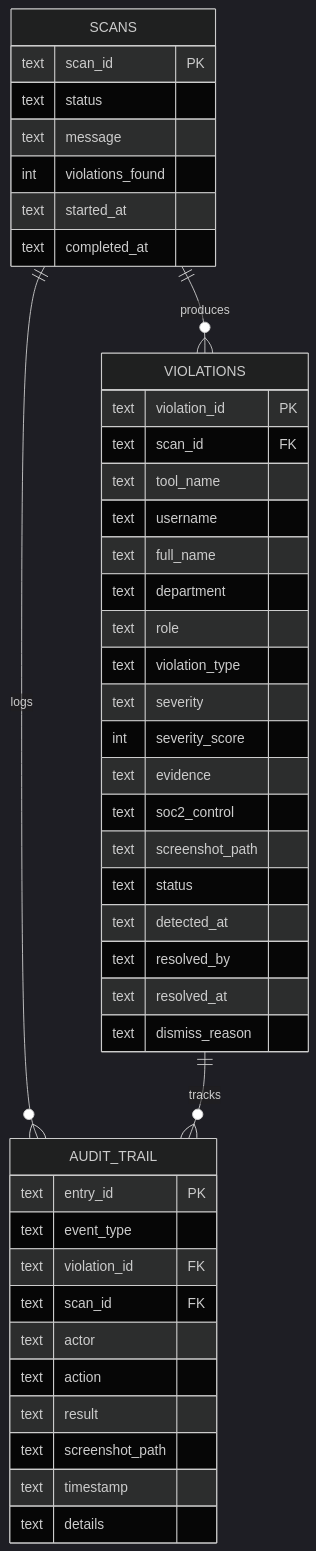
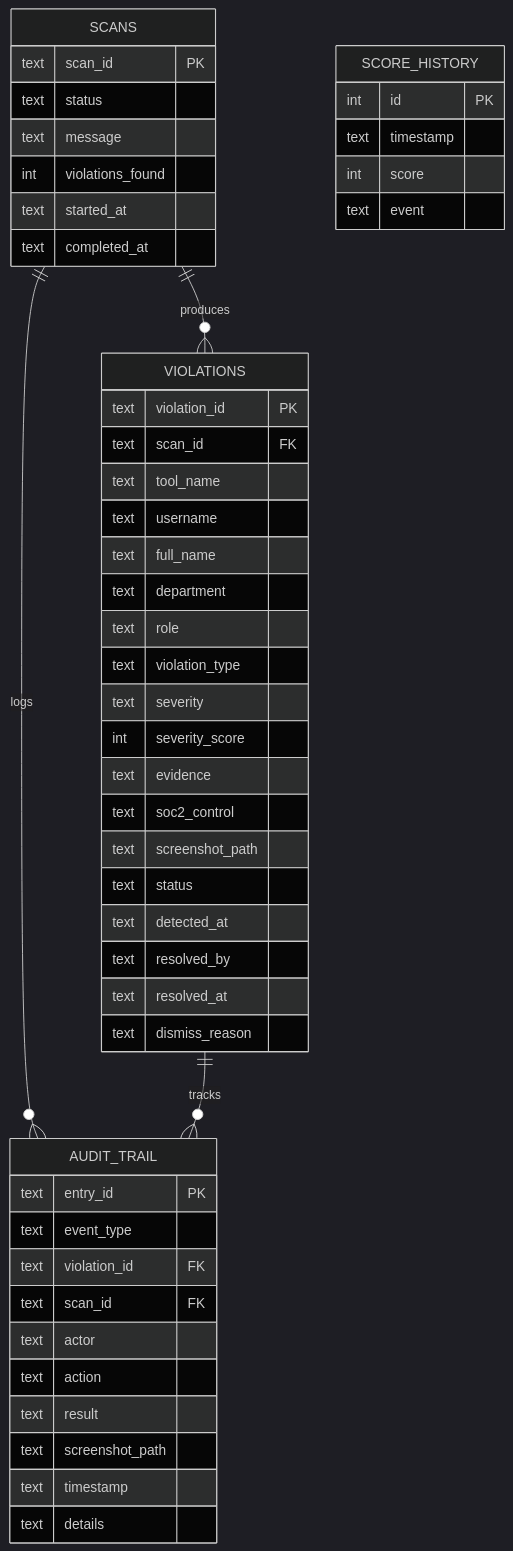
The sixth of 7 diagrams in ARCHITECTURE.md (ask-anannya/Sentinel), drawn with Mermaid (dark theme) before and after one commit. The commit also changed other lines of this file and 14 other files, not shown here.

First line of the commit message:
Add score trend chart, SOC2 PDF report, portal enrichments, and session scoping

````diff
--- a/ARCHITECTURE.md
+++ b/ARCHITECTURE.md
@@ -331,49 +334,56 @@
 ```mermaid
 erDiagram
     SCANS {
         text scan_id PK
         text status
         text message
         int violations_found
         text started_at
         text completed_at
     }
 
     VIOLATIONS {
         text violation_id PK
         text scan_id FK
         text tool_name
         text username
         text full_name
         text department
         text role
         text violation_type
         text severity
         int severity_score
         text evidence
         text soc2_control
         text screenshot_path
         text status
         text detected_at
         text resolved_by
         text resolved_at
         text dismiss_reason
     }
 
     AUDIT_TRAIL {
         text entry_id PK
         text event_type
         text violation_id FK
         text scan_id FK
         text actor
         text action
         text result
         text screenshot_path
         text timestamp
         text details
     }
 
+    SCORE_HISTORY {
+        int id PK
+        text timestamp
+        int score
+        text event
+    }
+
     SCANS ||--o{ VIOLATIONS : "produces"
     SCANS ||--o{ AUDIT_TRAIL : "logs"
     VIOLATIONS ||--o{ AUDIT_TRAIL : "tracks"
 ```
````
